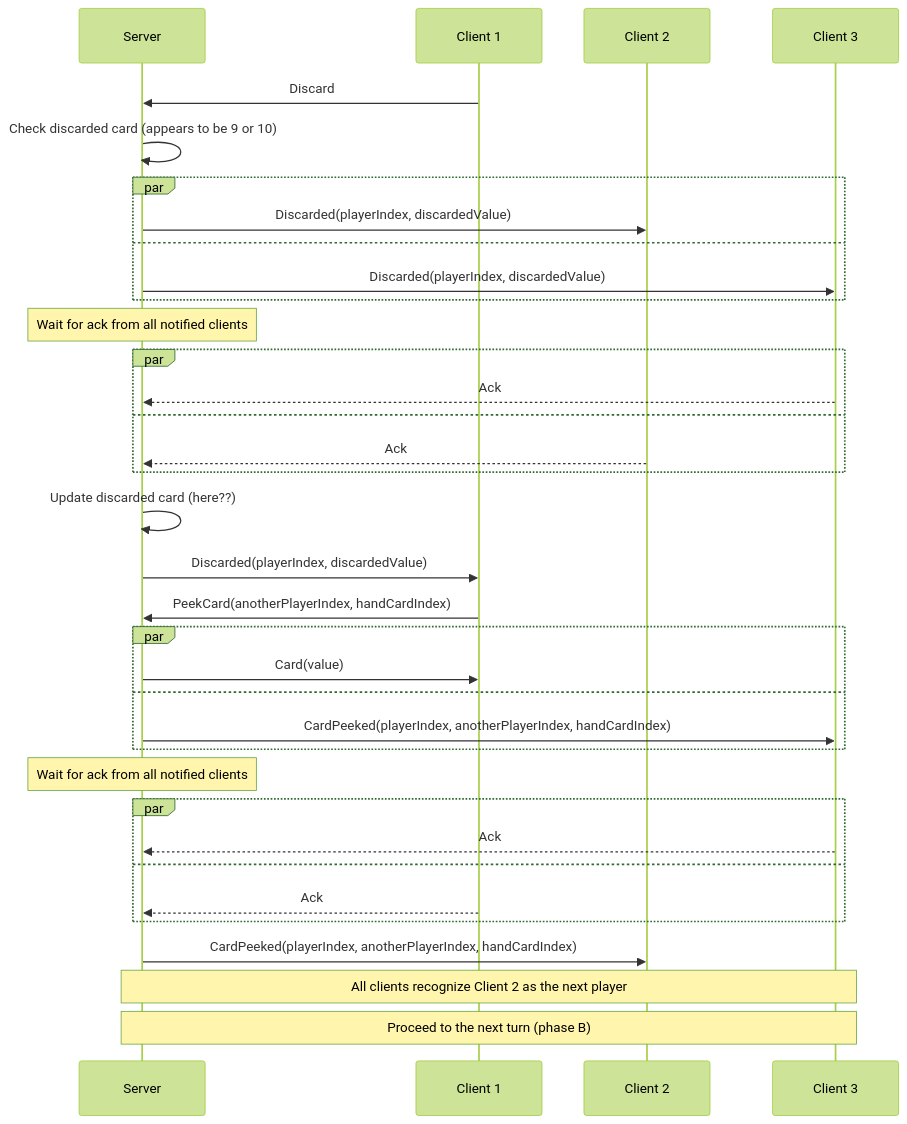
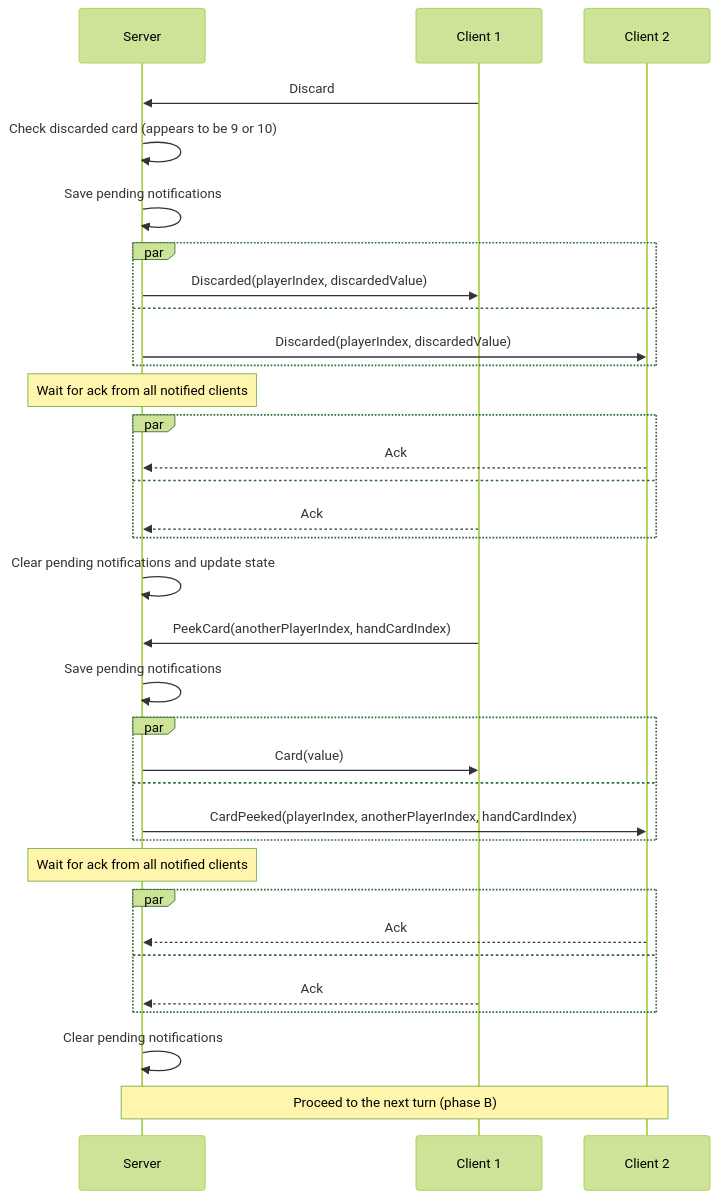
One commit to roman-zubarevich/another changed diagram 11 of 14 in README.md. Above: the diagram before and after it, drawn with Mermaid (forest theme). The commit also changed other lines of this file, not shown here.

````diff
--- a/README.md
+++ b/README.md
@@ -269,37 +270,36 @@
 ```mermaid
 sequenceDiagram
     participant S as Server
     participant C1 as Client 1
     participant C2 as Client 2
-    participant C3 as Client 3
     C1->>S: Discard
     S->>S: Check discarded card (appears to be 9 or 10)
+    S->>S: Save pending notifications
     par
+        S->>C1: Discarded(playerIndex, discardedValue)
+    and
         S->>C2: Discarded(playerIndex, discardedValue)
-    and
-        S->>C3: Discarded(playerIndex, discardedValue)
     end
     Note over S: Wait for ack from all notified clients
     par
-        C3-->>S: Ack
+        C2-->>S: Ack
     and
-        C2-->>S: Ack
+        C1-->>S: Ack
     end
-    S->>S: Update discarded card (here??)
-    S->>C1: Discarded(playerIndex, discardedValue)
+    S->>S: Clear pending notifications and update state
     C1->>S: PeekCard(anotherPlayerIndex, handCardIndex)
+    S->>S: Save pending notifications
     par
         S->>C1: Card(value)
     and
-        S->>C3: CardPeeked(playerIndex, anotherPlayerIndex, handCardIndex)
+        S->>C2: CardPeeked(playerIndex, anotherPlayerIndex, handCardIndex)
     end
     Note over S: Wait for ack from all notified clients
     par
-        C3-->>S: Ack
+        C2-->>S: Ack
     and
         C1-->>S: Ack
     end
-    S->>C2: CardPeeked(playerIndex, anotherPlayerIndex, handCardIndex)
-    Note over S,C3: All clients recognize Client 2 as the next player
-    Note over S,C3: Proceed to the next turn (phase B)
+    S->>S: Clear pending notifications
+    Note over S,C2: Proceed to the next turn (phase B)
 ```
````
